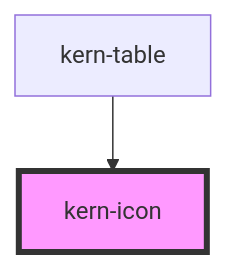
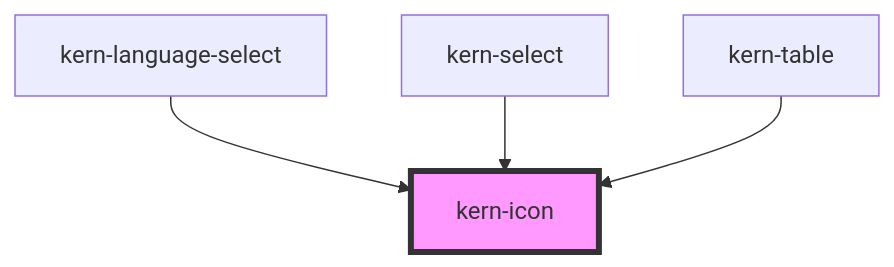
The diagram in src/components/kern-icon/readme.md (yfridelance/kern), drawn with Mermaid before and after one commit. The commit also changed other lines of this file and 27 other files, not shown here.

First line of the commit message:
kern-language-select: Sprachumschalter

````diff
--- a/src/components/kern-icon/readme.md
+++ b/src/components/kern-icon/readme.md
@@ -105,5 +107,7 @@
 ```mermaid
 graph TD;
+  kern-language-select --> kern-icon
+  kern-select --> kern-icon
   kern-table --> kern-icon
   style kern-icon fill:#f9f,stroke:#333,stroke-width:4px
 ```
````
